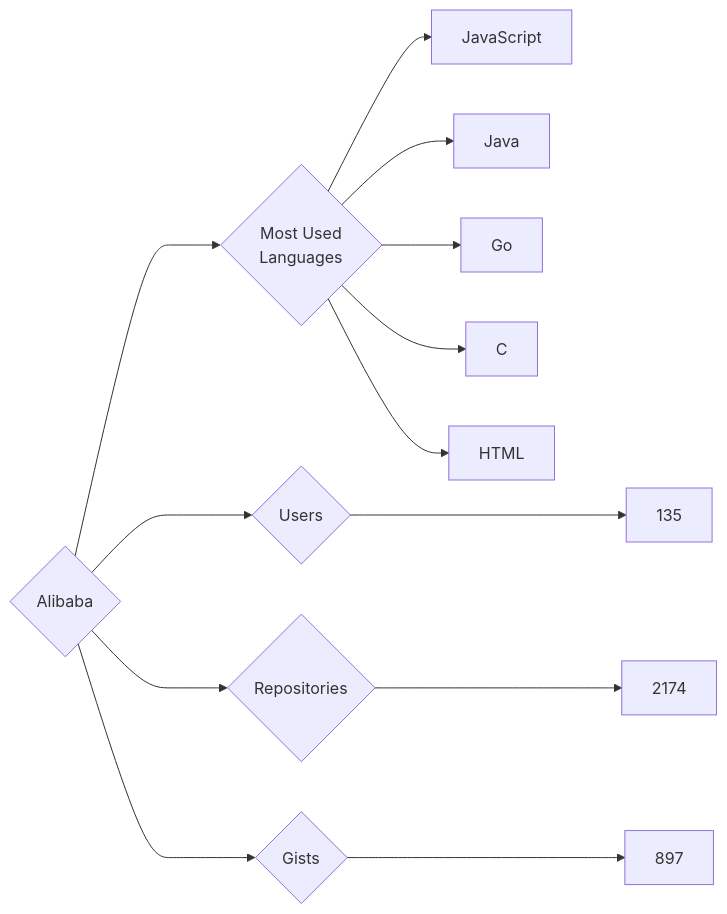
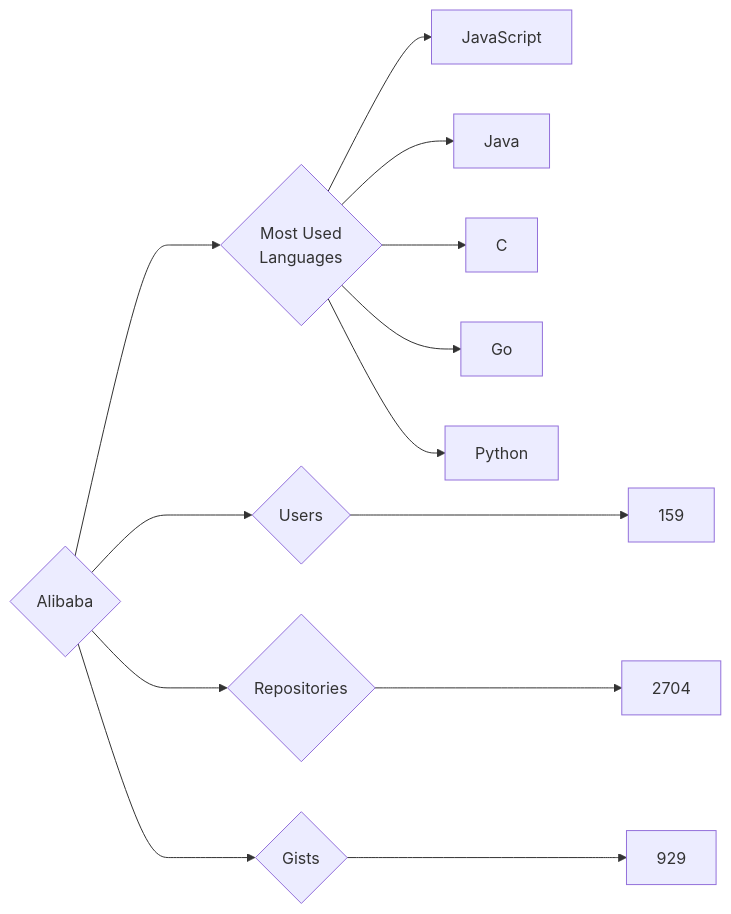
One commit to trickest/insiders changed the diagram in targets/Alibaba/README.md. Above: the diagram before and after it, drawn with Mermaid. The commit also changed 934 other files, not shown here.

````diff
--- a/targets/Alibaba/README.md
+++ b/targets/Alibaba/README.md
@@ -3,13 +3,13 @@
 ```mermaid
 graph LR
 COMPANY_NAME{Alibaba}
-COMPANY_NAME ---> U{Users} ---> UN[135]
-COMPANY_NAME ---> R{Repositories} ---> RN[2174]
-COMPANY_NAME ---> G{Gists} ---> GN[897]
+COMPANY_NAME ---> U{Users} ---> UN[159]
+COMPANY_NAME ---> R{Repositories} ---> RN[2704]
+COMPANY_NAME ---> G{Gists} ---> GN[929]
 COMPANY_NAME ---> ML{Most Used<br>Languages}
 ML --> JavaScript[JavaScript]
 ML --> Java[Java]
+ML --> C[C]
 ML --> Go[Go]
-ML --> C[C]
-ML --> HTML[HTML]
+ML --> Python[Python]
 ```
````
